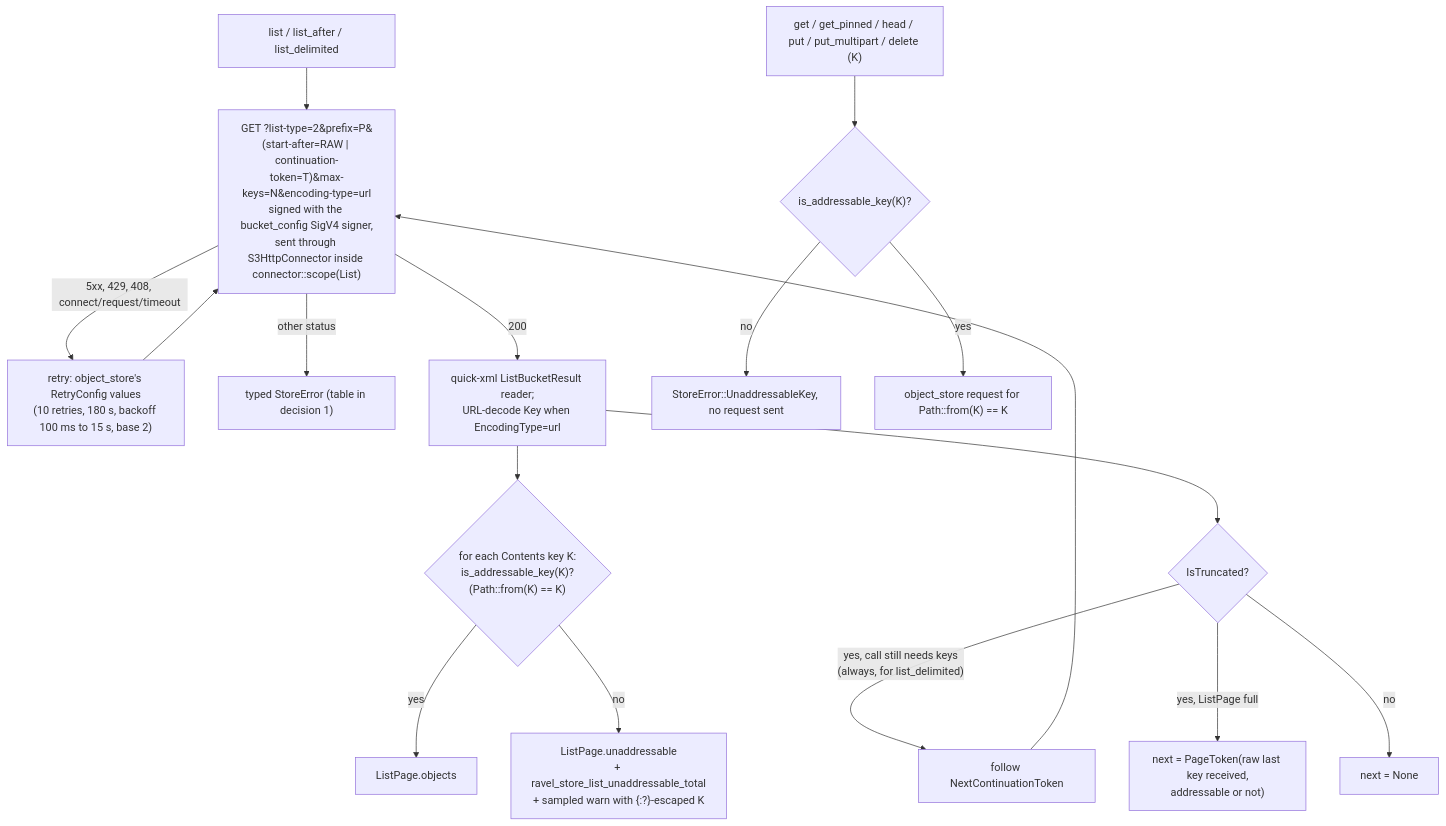
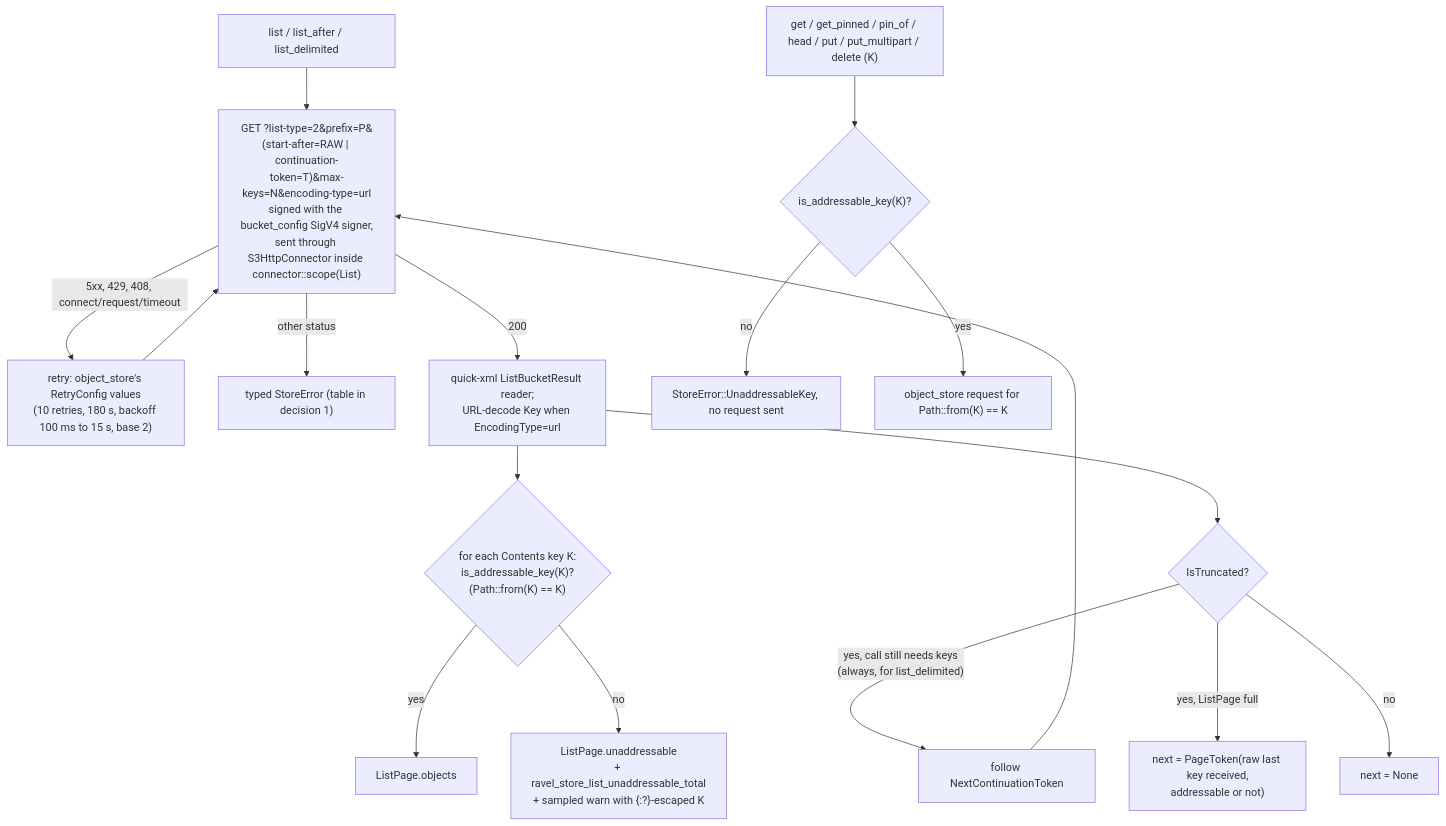
One commit to NOFireAI/ravel changed the diagram in docs/adrs/2637-raw-key-s3-listing.md. Above: the diagram before and after it, drawn with Mermaid. The commit also changed other lines of this file, not shown here.

First line of the commit message:
docs(adr-2637): pin decoding, scopes, loop guards and task scope

````diff
--- a/docs/adrs/2637-raw-key-s3-listing.md
+++ b/docs/adrs/2637-raw-key-s3-listing.md
@@ -100,19 +100,19 @@
 ```mermaid
 flowchart TD
     A["list / list_after / list_delimited"] --> B["GET ?list-type=2&prefix=P&(start-after=RAW | continuation-token=T)&max-keys=N&encoding-type=url<br/>signed with the bucket_config SigV4 signer,<br/>sent through S3HttpConnector inside connector::scope(List)"]
     B -->|"5xx, 429, 408, connect/request/timeout"| R["retry: object_store's RetryConfig values<br/>(10 retries, 180 s, backoff 100 ms to 15 s, base 2)"]
     R --> B
     B -->|"other status"| E["typed StoreError (table in decision 1)"]
     B -->|200| C["quick-xml ListBucketResult reader;<br/>URL-decode Key when EncodingType=url"]
     C --> D{"for each Contents key K:<br/>is_addressable_key(K)?<br/>(Path::from(K) == K)"}
     D -->|yes| O["ListPage.objects"]
     D -->|no| U["ListPage.unaddressable<br/>+ ravel_store_list_unaddressable_total<br/>+ sampled warn with {:?}-escaped K"]
     C --> T{"IsTruncated?"}
     T -->|"yes, call still needs keys<br/>(always, for list_delimited)"| F["follow NextContinuationToken"]
     F --> B
     T -->|"yes, ListPage full"| N["next = PageToken(raw last key received,<br/>addressable or not)"]
     T -->|no| Z["next = None"]
-    G["get / get_pinned / head / put / put_multipart / delete (K)"] --> H{"is_addressable_key(K)?"}
+    G["get / get_pinned / pin_of / head / put / put_multipart / delete (K)"] --> H{"is_addressable_key(K)?"}
     H -->|no| X["StoreError::UnaddressableKey, no request sent"]
     H -->|yes| Y["object_store request for Path::from(K) == K"]
 ```
````
